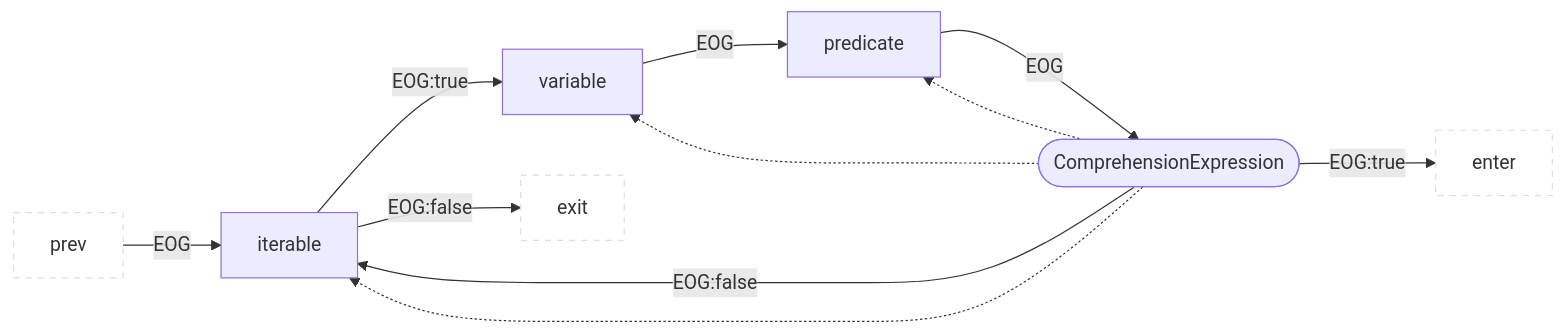
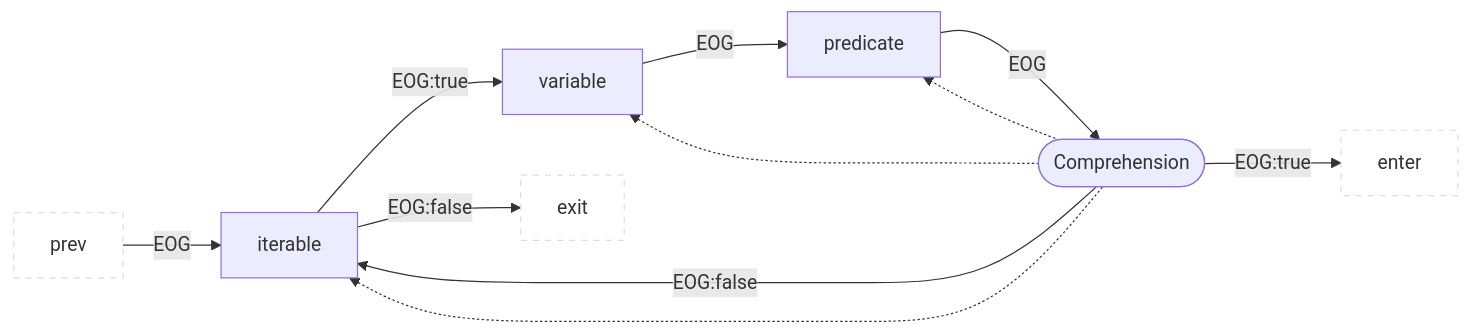
Diagram 34 of 49 in docs/docs/CPG/specs/eog.md (Fraunhofer-AISEC/cpg), drawn with Mermaid before and after one commit. The commit also changed other lines of this file and 222 other files, not shown here.

````diff
--- a/docs/docs/CPG/specs/eog.md
+++ b/docs/docs/CPG/specs/eog.md
@@ -661,14 +661,14 @@
 ```mermaid
 flowchart LR
   classDef outer fill:#fff,stroke:#ddd,stroke-dasharray:5 5;
   prev:::outer --EOG--> child1["iterable"]
   child1 --EOG:true--> child2["variable"]
   child2 --EOG--> child3["predicate"]
-  child3 --EOG--> parent(["ComprehensionExpression"])
+  child3 --EOG--> parent(["Comprehension"])
   parent --EOG:true--> enter:::outer
   parent --EOG:false--> child1
   child1 --EOG:false--> exit:::outer
   parent -.-> child3
   parent -.-> child2
   parent -.-> child1
 ```
````
